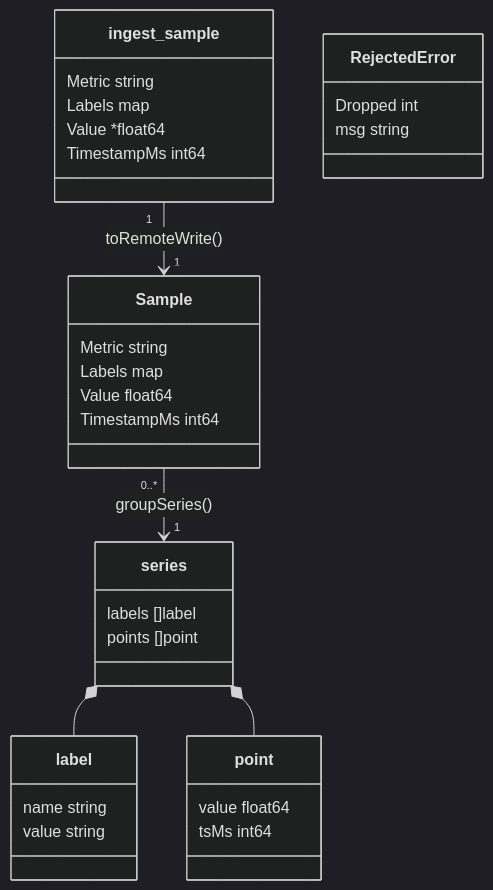
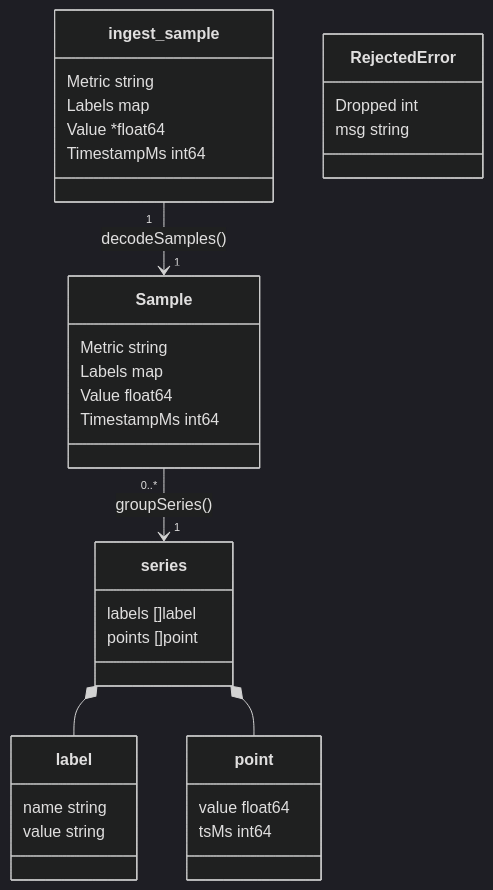
One commit to MateuxLucax/health-connect-prometheus-exporter changed the third of 3 diagrams in docs/data.md. Above: the diagram before and after it, drawn with Mermaid (dark theme). The commit also changed other lines of this file and 10 other files, not shown here.

First line of the commit message:
Drop the extra sample copy in ingest and tidy tests and docs

````diff
--- a/docs/data.md
+++ b/docs/data.md
@@ -223,35 +223,35 @@
 ```mermaid
 classDiagram
     class ingest_sample {
         Metric string
         Labels map
         Value *float64
         TimestampMs int64
     }
     class Sample {
         Metric string
         Labels map
         Value float64
         TimestampMs int64
     }
     class series {
         labels []label
         points []point
     }
     class label {
         name string
         value string
     }
     class point {
         value float64
         tsMs int64
     }
     class RejectedError {
         Dropped int
         msg string
     }
-    ingest_sample "1" --> "1" Sample : toRemoteWrite()
+    ingest_sample "1" --> "1" Sample : decodeSamples()
     Sample "0..*" --> "1" series : groupSeries()
     series *-- label
     series *-- point
 ```
````
